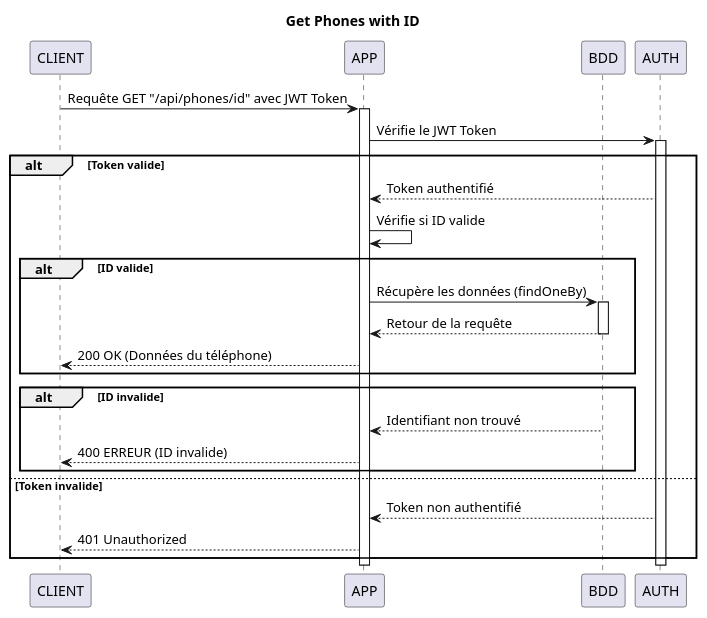
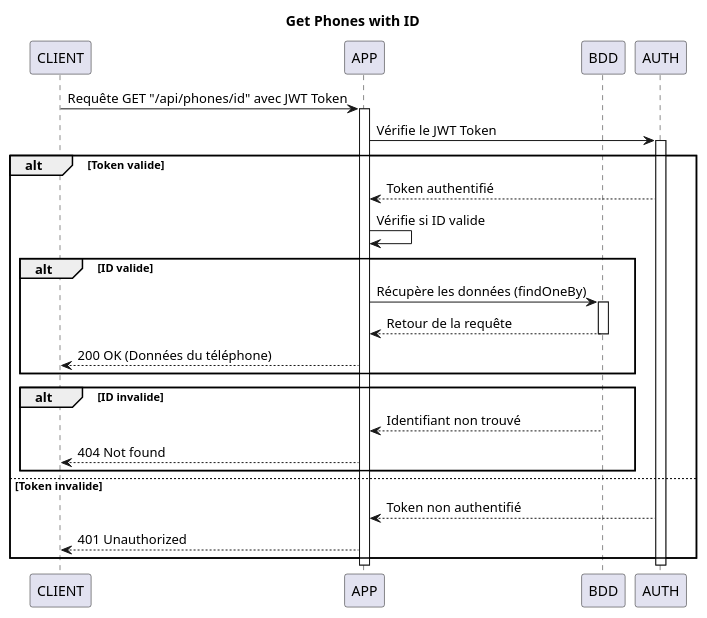
The diagram in docs/Diagramme de séquence/GET Phone (id).puml (Waarrez/P7), drawn with PlantUML before and after one commit. The commit also changed 9 other files, not shown here.

```diff
--- a/docs/Diagramme de séquence/GET Phone (id).puml
+++ b/docs/Diagramme de séquence/GET Phone (id).puml
@@ -1,41 +1,41 @@
 @startuml
 
 title Get Phones with ID
 
 participant CLIENT
 participant APP
 participant BDD
 participant AUTH
 
 CLIENT -> APP: Requête GET "/api/phones/id" avec JWT Token
 activate APP
 
 APP -> AUTH : Vérifie le JWT Token
 activate AUTH
 
 alt Token valide
     AUTH --> APP : Token authentifié
     APP -> APP : Vérifie si ID valide
 
     alt ID valide
         APP -> BDD : Récupère les données (findOneBy)
         activate BDD
         BDD --> APP : Retour de la requête
         deactivate BDD
         APP --> CLIENT : 200 OK (Données du téléphone)
     end
 
     alt ID invalide
         BDD --> APP : Identifiant non trouvé
-        APP --> CLIENT : 400 ERREUR (ID invalide)
+        APP --> CLIENT : 404 Not found
     end
 
 else Token invalide
     AUTH --> APP : Token non authentifié
     APP --> CLIENT : 401 Unauthorized
 end
 
 deactivate AUTH
 deactivate APP
 
 @enduml
```
